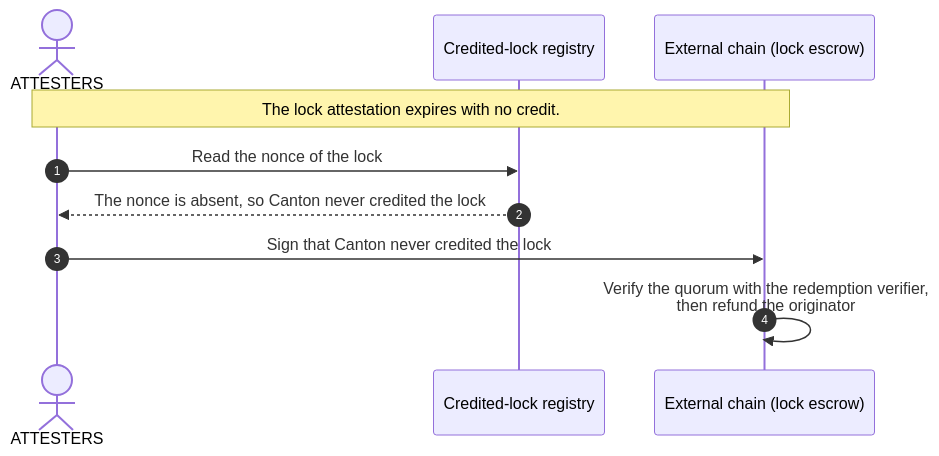
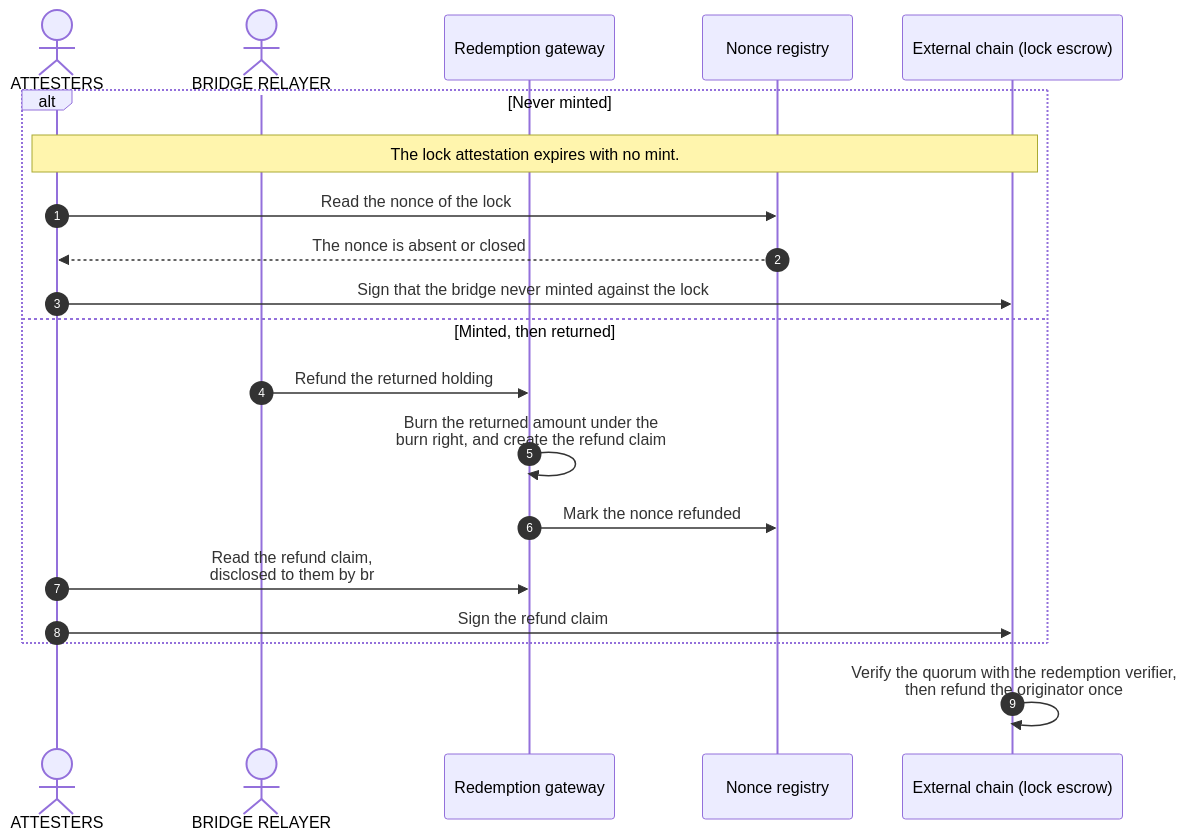
One commit to OpenZeppelin/canton-specs changed the second of 3 diagrams in docs/reference-architectures/cross-chain-stablecoin.md. Above: the diagram before and after it, drawn with Mermaid. The commit also changed other lines of this file and 39 other files, not shown here.

````diff
--- a/docs/reference-architectures/cross-chain-stablecoin.md
+++ b/docs/reference-architectures/cross-chain-stablecoin.md
@@ -441,13 +538,23 @@
 ```mermaid
 sequenceDiagram
     autonumber
     actor Attesters as ATTESTERS
-    participant Reg as Credited-lock registry
+    actor Relayer as BRIDGE RELAYER
+    participant Redeem as Redemption gateway
+    participant Reg as Nonce registry
     participant Chain as External chain (lock escrow)
 
-    Note over Attesters,Chain: The lock attestation expires with no credit.
-    Attesters->>Reg: Read the nonce of the lock
-    Reg-->>Attesters: The nonce is absent, so Canton never credited the lock
-    Attesters->>Chain: Sign that Canton never credited the lock
-    Chain->>Chain: Verify the quorum with the redemption verifier,<br/>then refund the originator
+    alt Never minted
+        Note over Attesters,Chain: The lock attestation expires with no mint.
+        Attesters->>Reg: Read the nonce of the lock
+        Reg-->>Attesters: The nonce is absent or closed
+        Attesters->>Chain: Sign that the bridge never minted against the lock
+    else Minted, then returned
+        Relayer->>Redeem: Refund the returned holding
+        Redeem->>Redeem: Burn the returned amount under the<br/>burn right, and create the refund claim
+        Redeem->>Reg: Mark the nonce refunded
+        Attesters->>Redeem: Read the refund claim,<br/>disclosed to them by br
+        Attesters->>Chain: Sign the refund claim
+    end
+    Chain->>Chain: Verify the quorum with the redemption verifier,<br/>then refund the originator once
 ```
````
